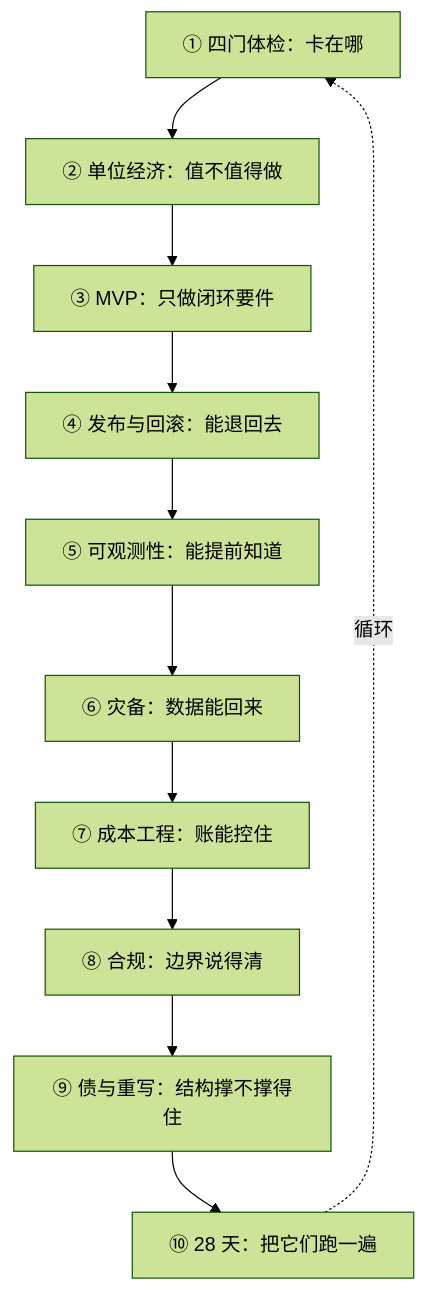
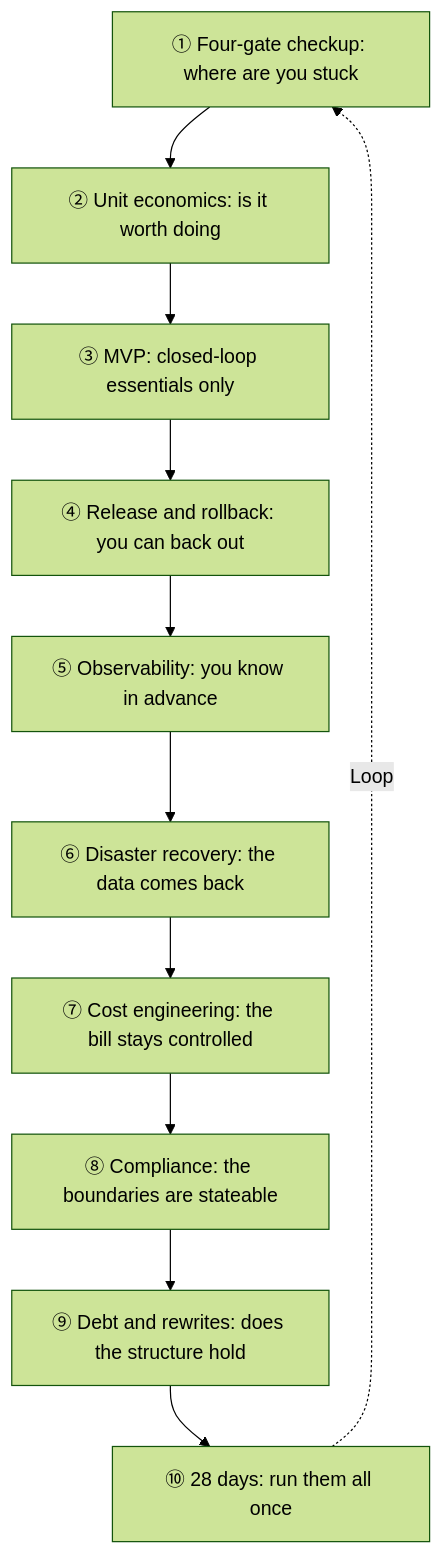
Before and after one commit to xzlxiao/vibe-coding-textbook: the second of 2 diagrams in phase5/chapters/ch10-launch-playbook.md, drawn with Mermaid (forest theme). The commit also changed other lines of this file and 10 other files, not shown here.

````diff
--- a/phase5/chapters/ch10-launch-playbook.md
+++ b/phase5/chapters/ch10-launch-playbook.md
@@ -219,13 +219,13 @@
 ```mermaid
 flowchart TD
-    A["① 四门体检：卡在哪"] --> B["② 单位经济：值不值得做"]
-    B --> C["③ MVP：只做闭环要件"]
-    C --> D["④ 发布与回滚：能退回去"]
-    D --> E["⑤ 可观测性：能提前知道"]
-    E --> F["⑥ 灾备：数据能回来"]
-    F --> G["⑦ 成本工程：账能控住"]
-    G --> H["⑧ 合规：边界说得清"]
-    H --> I["⑨ 债与重写：结构撑不撑得住"]
-    I --> J["⑩ 28 天：把它们跑一遍"]
-    J -.->|"循环"| A
+    A["① Four-gate checkup: where are you stuck"] --> B["② Unit economics: is it worth doing"]
+    B --> C["③ MVP: closed-loop essentials only"]
+    C --> D["④ Release and rollback: you can back out"]
+    D --> E["⑤ Observability: you know in advance"]
+    E --> F["⑥ Disaster recovery: the data comes back"]
+    F --> G["⑦ Cost engineering: the bill stays controlled"]
+    G --> H["⑧ Compliance: the boundaries are stateable"]
+    H --> I["⑨ Debt and rewrites: does the structure hold"]
+    I --> J["⑩ 28 days: run them all once"]
+    J -.->|"Loop"| A
 ```
````
